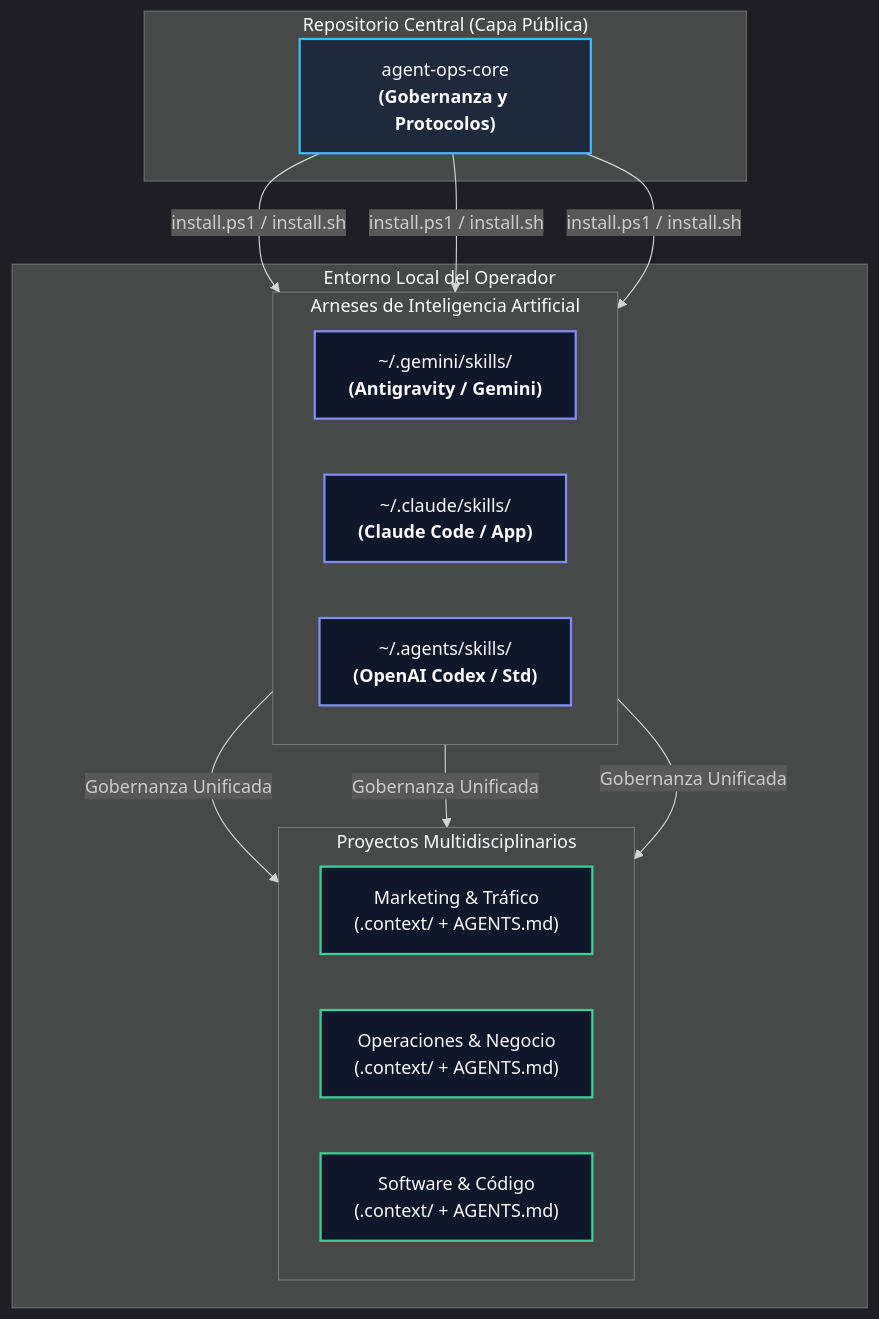
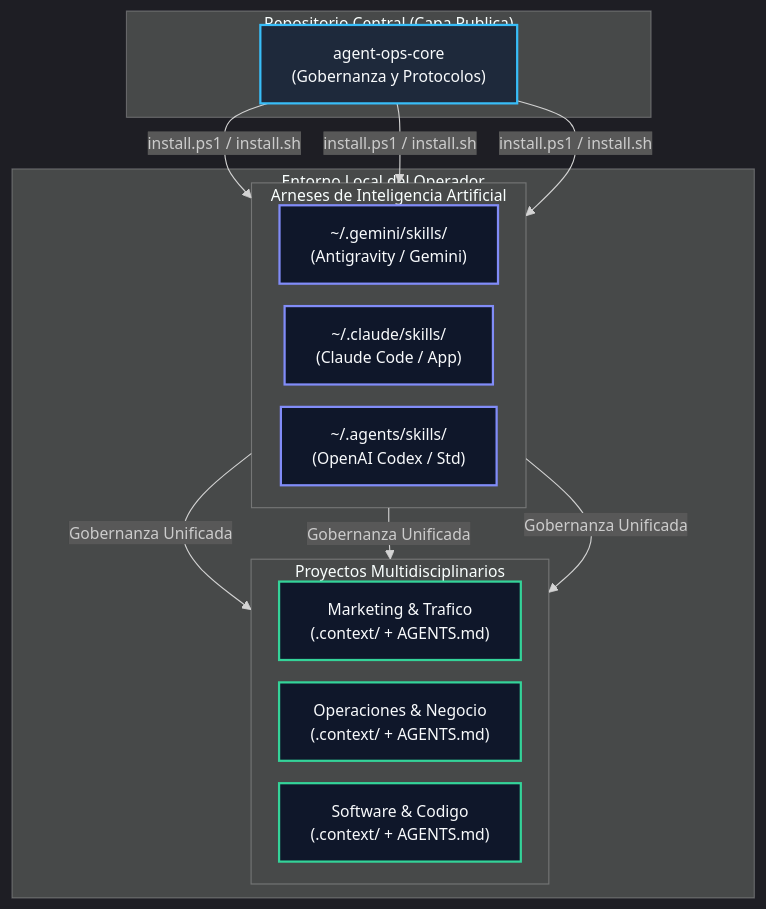
The second of 4 diagrams in README.md (eddvasquez/agent-ops-core), drawn with Mermaid before and after one commit. The commit also changed other lines of this file, not shown here.

Commit message:
fix(diagrams): eliminar tags html en nodos, inyectar minNodeWidth y padding para erradicar truncamiento

````diff
--- a/README.md
+++ b/README.md
@@ -152,38 +152,38 @@
 ```mermaid
-%%{init: {'theme': 'dark', 'themeVariables': { 'fontSize': '16px', 'fontFamily': 'system-ui, -apple-system, sans-serif' }}}%%
+%%{init: {'theme': 'dark', 'themeVariables': { 'fontSize': '14px' }, 'flowchart': { 'minNodeWidth': 220, 'nodeSpacing': 20, 'rankSpacing': 25, 'padding': 14 }}}%%
 flowchart TD
-    subgraph GITHUB["Repositorio Central (Capa Pública)"]
-        Core["agent-ops-core<br><b>(Gobernanza y Protocolos)</b>"]
+    subgraph GITHUB["Repositorio Central (Capa Publica)"]
+        Core["agent-ops-core<br>(Gobernanza y Protocolos)"]
     end
 
     subgraph LOCAL["Entorno Local del Operador"]
         subgraph HARNESSES["Arneses de Inteligencia Artificial"]
             direction LR
-            Gemini["~/.gemini/skills/<br><b>(Antigravity / Gemini)</b>"]
-            Claude["~/.claude/skills/<br><b>(Claude Code / App)</b>"]
-            Codex["~/.agents/skills/<br><b>(OpenAI Codex / Std)</b>"]
+            Gemini["~/.gemini/skills/<br>(Antigravity / Gemini)"]
+            Claude["~/.claude/skills/<br>(Claude Code / App)"]
+            Codex["~/.agents/skills/<br>(OpenAI Codex / Std)"]
         end
 
         subgraph PROYECTOS["Proyectos Multidisciplinarios"]
             direction LR
-            P1["Marketing & Tráfico<br>(.context/ + AGENTS.md)"]
+            P1["Marketing & Trafico<br>(.context/ + AGENTS.md)"]
             P2["Operaciones & Negocio<br>(.context/ + AGENTS.md)"]
-            P3["Software & Código<br>(.context/ + AGENTS.md)"]
+            P3["Software & Codigo<br>(.context/ + AGENTS.md)"]
         end
     end
 
     Core -->|"install.ps1 / install.sh"| Gemini
     Core -->|"install.ps1 / install.sh"| Claude
     Core -->|"install.ps1 / install.sh"| Codex
 
     Gemini -->|"Gobernanza Unificada"| PROYECTOS
     Claude -->|"Gobernanza Unificada"| PROYECTOS
     Codex -->|"Gobernanza Unificada"| PROYECTOS
 
     classDef central fill:#1e293b,stroke:#38bdf8,stroke-width:2px,color:#f8fafc;
     classDef harness fill:#0f172a,stroke:#818cf8,stroke-width:2px,color:#f8fafc;
     classDef project fill:#0f172a,stroke:#34d399,stroke-width:2px,color:#f8fafc;
     class Core central;
     class Gemini,Claude,Codex harness;
     class P1,P2,P3 project;
 ```
````
